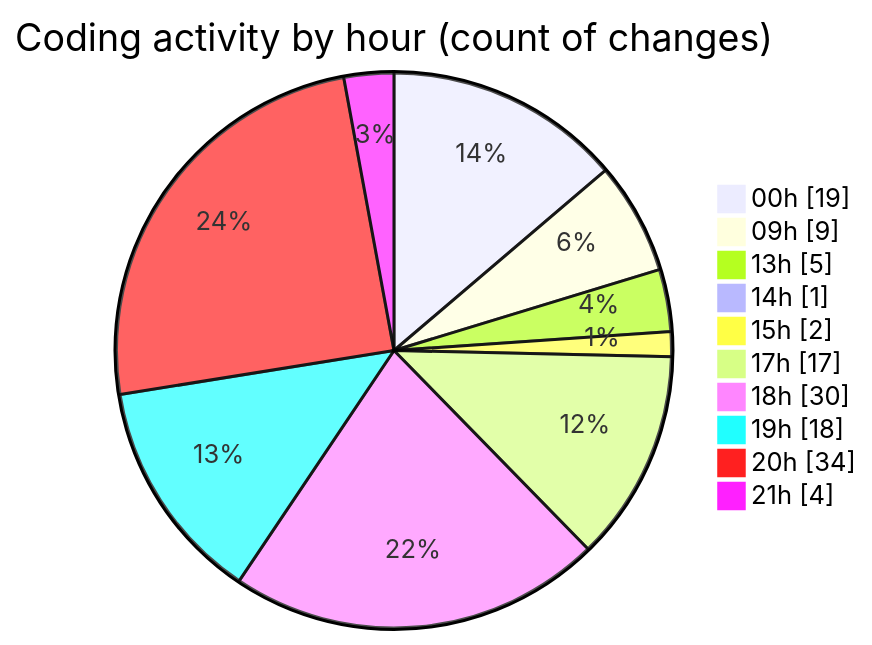
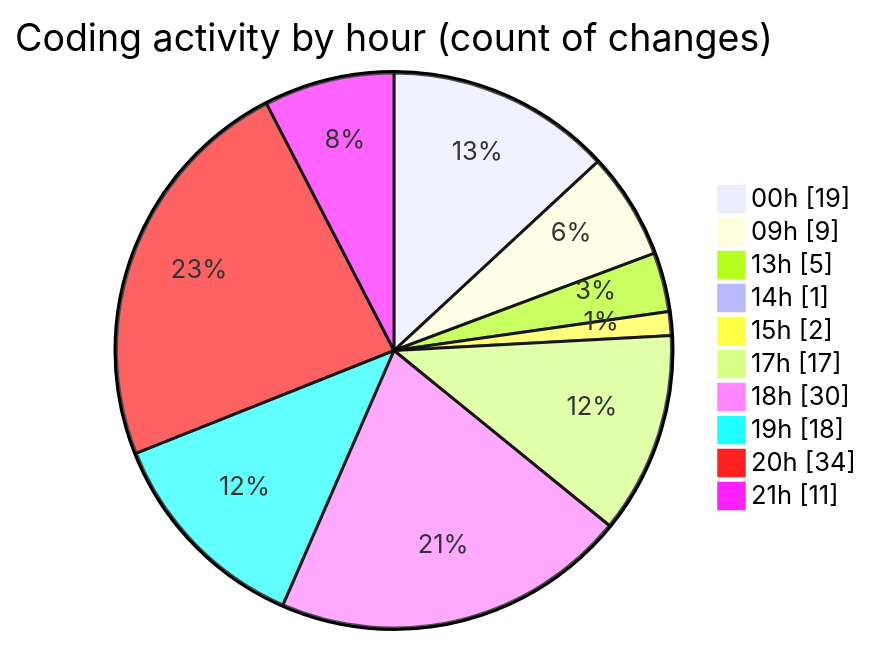
One commit to EIIisD/code-tracking changed the second of 2 diagrams in 2025-08-12/ribbon/README.md. Above: the diagram before and after it, drawn with Mermaid. The commit also changed other lines of this file and 1 other file, not shown here.

````diff
--- a/2025-08-12/ribbon/README.md
+++ b/2025-08-12/ribbon/README.md
@@ -53,14 +54,14 @@
 ```mermaid
 pie showData
 title Coding activity by hour (count of changes)
 "00h" : 19
 "09h" : 9
 "13h" : 5
 "14h" : 1
 "15h" : 2
 "17h" : 17
 "18h" : 30
 "19h" : 18
 "20h" : 34
-"21h" : 4
+"21h" : 11
 ```
````
